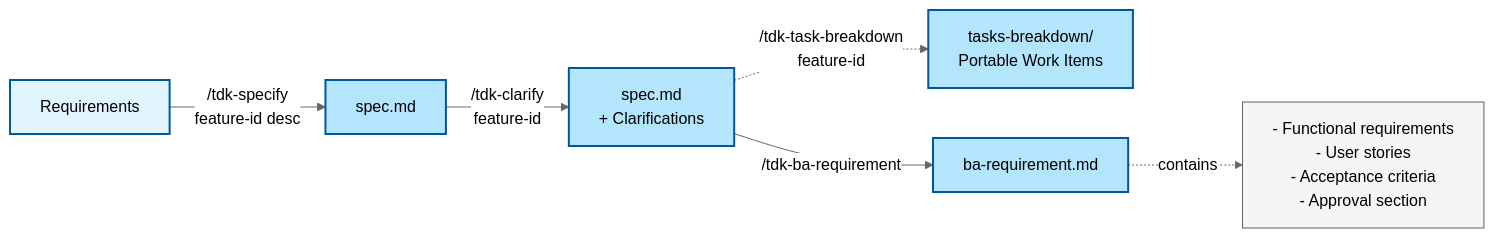
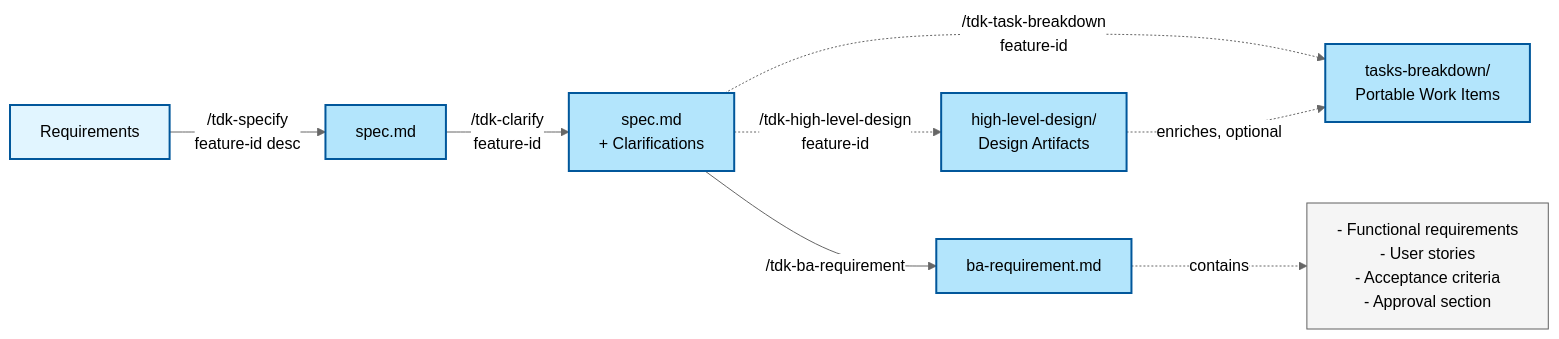
The second of 8 diagrams in .specify/docs/guides/document-flow.md (vinhltt/tdk), drawn with Mermaid (neutral theme) before and after one commit. The commit also changed other lines of this file and 26 other files, not shown here.

````diff
--- a/.specify/docs/guides/document-flow.md
+++ b/.specify/docs/guides/document-flow.md
@@ -69,23 +71,26 @@
 ```mermaid
 flowchart LR
     REQ[Requirements]
     SPEC[spec.md]
     SPEC_CLAR[spec.md<br/>+ Clarifications]
+    HLD[high-level-design/<br/>Design Artifacts]
     TASKS[tasks-breakdown/<br/>Portable Work Items]
     BA_REQ[ba-requirement.md]
 
     REQ -->|"/tdk-specify<br/>feature-id desc"| SPEC
     SPEC -->|"/tdk-clarify<br/>feature-id"| SPEC_CLAR
+    SPEC_CLAR -.->|"/tdk-high-level-design<br/>feature-id"| HLD
     SPEC_CLAR -.->|"/tdk-task-breakdown<br/>feature-id"| TASKS
+    HLD -.->|"enriches, optional"| TASKS
     SPEC_CLAR -->|"/tdk-ba-requirement"| BA_REQ
 
     BA_REQ -.->|contains| CONTENT["- Functional requirements<br/>- User stories<br/>- Acceptance criteria<br/>- Approval section"]
 
     classDef input fill:#e1f5ff,stroke:#01579b,stroke-width:2px
     classDef output fill:#b3e5fc,stroke:#01579b,stroke-width:2px
     classDef note fill:#f5f5f5,stroke:#616161,stroke-width:1px
 
     class REQ input
-    class SPEC,SPEC_CLAR,TASKS,BA_REQ output
+    class SPEC,SPEC_CLAR,HLD,TASKS,BA_REQ output
     class CONTENT note
 ```
````
